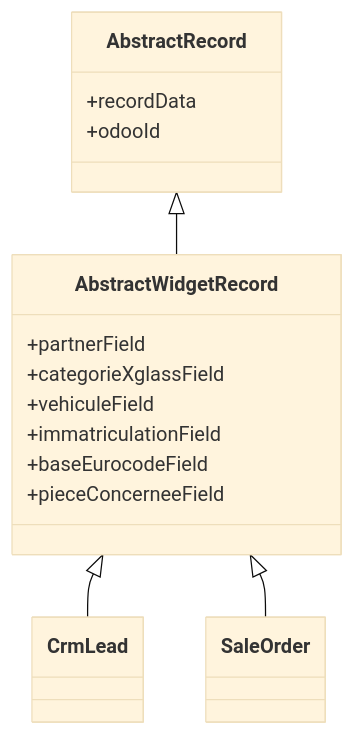
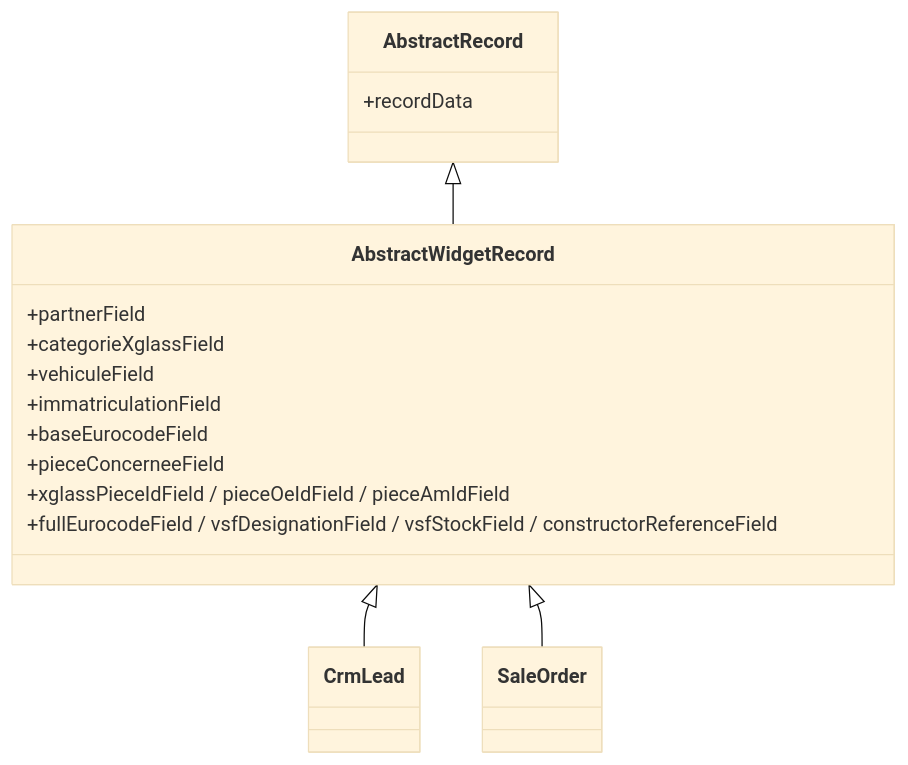
The third of 4 diagrams in rpbm_agent/docs/technique/frontend.md (rpbmSdk/rpbm), drawn with Mermaid (base theme) before and after one commit. The commit also changed other lines of this file and 16 other files, not shown here.

````diff
--- a/rpbm_agent/docs/technique/frontend.md
+++ b/rpbm_agent/docs/technique/frontend.md
@@ -96,20 +100,21 @@
 ```mermaid
 classDiagram
     class AbstractRecord {
         +recordData
-        +odooId
     }
     class AbstractWidgetRecord {
         +partnerField
         +categorieXglassField
         +vehiculeField
         +immatriculationField
         +baseEurocodeField
         +pieceConcerneeField
+        +xglassPieceIdField / pieceOeIdField / pieceAmIdField
+        +fullEurocodeField / vsfDesignationField / vsfStockField / constructorReferenceField
     }
     class CrmLead
     class SaleOrder
     AbstractRecord <|-- AbstractWidgetRecord
     AbstractWidgetRecord <|-- CrmLead
     AbstractWidgetRecord <|-- SaleOrder
 ```
````
